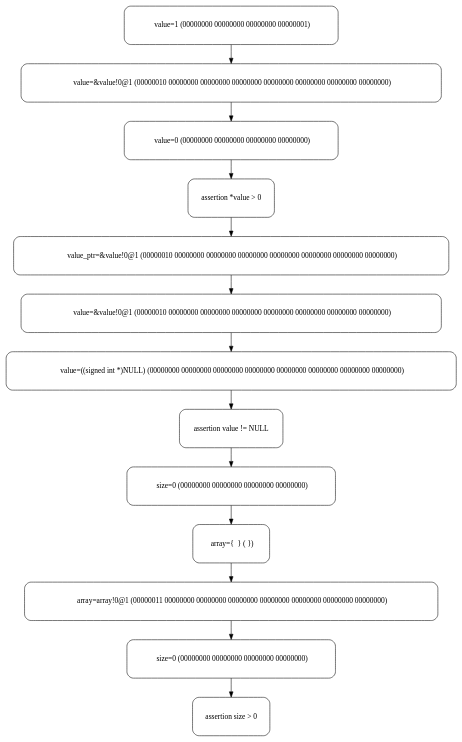
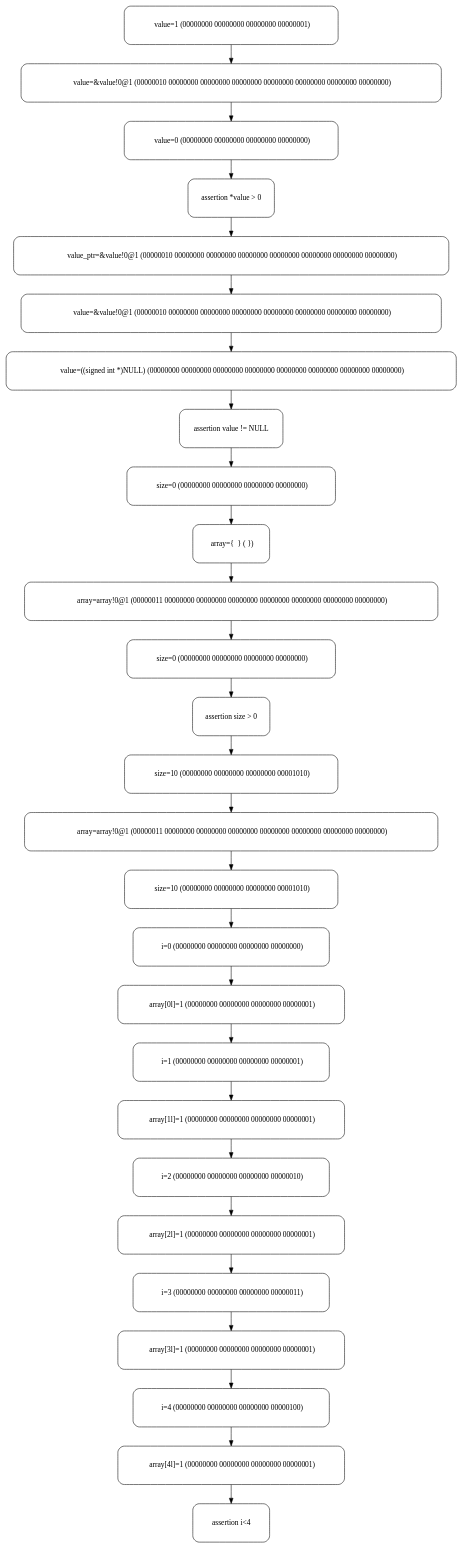
Before and after one commit to lyb1234567/Visualization-Tool-For-CBMC: the diagram in src/Trace_graph/assertion_trace.gv, drawn with Graphviz. The commit also changed 23 other files, not shown here.

```diff
--- a/src/Trace_graph/assertion_trace.gv
+++ b/src/Trace_graph/assertion_trace.gv
@@ -1,67 +1,147 @@
 // Assertion Tracing
 digraph {
 	"  value=1 (00000000 00000000 00000000 00000001)
 _0" [label="  value=1 (00000000 00000000 00000000 00000001)
 " height=1 shape=box style=rounded width=2]
 	"  value=&value!0@1 (00000010 00000000 00000000 00000000 00000000 00000000 00000000 00000000)
 _1" [label="  value=&value!0@1 (00000010 00000000 00000000 00000000 00000000 00000000 00000000 00000000)
 " height=1 shape=box style=rounded width=2]
 	"  value=1 (00000000 00000000 00000000 00000001)
 _0" -> "  value=&value!0@1 (00000010 00000000 00000000 00000000 00000000 00000000 00000000 00000000)
 _1"
 	"  value=0 (00000000 00000000 00000000 00000000)
 _2" [label="  value=0 (00000000 00000000 00000000 00000000)
 " height=1 shape=box style=rounded width=2]
 	"  value=&value!0@1 (00000010 00000000 00000000 00000000 00000000 00000000 00000000 00000000)
 _1" -> "  value=0 (00000000 00000000 00000000 00000000)
 _2"
 	"assertion *value > 0_3" [label="assertion *value > 0" height=1 shape=box style=rounded width=2]
 	"  value=0 (00000000 00000000 00000000 00000000)
 _2" -> "assertion *value > 0_3"
 	"  value_ptr=&value!0@1 (00000010 00000000 00000000 00000000 00000000 00000000 00000000 00000000)
 _4" [label="  value_ptr=&value!0@1 (00000010 00000000 00000000 00000000 00000000 00000000 00000000 00000000)
 " height=1 shape=box style=rounded width=2]
 	"assertion *value > 0_3" -> "  value_ptr=&value!0@1 (00000010 00000000 00000000 00000000 00000000 00000000 00000000 00000000)
 _4"
 	"  value=&value!0@1 (00000010 00000000 00000000 00000000 00000000 00000000 00000000 00000000)
 _5" [label="  value=&value!0@1 (00000010 00000000 00000000 00000000 00000000 00000000 00000000 00000000)
 " height=1 shape=box style=rounded width=2]
 	"  value_ptr=&value!0@1 (00000010 00000000 00000000 00000000 00000000 00000000 00000000 00000000)
 _4" -> "  value=&value!0@1 (00000010 00000000 00000000 00000000 00000000 00000000 00000000 00000000)
 _5"
 	"  value=((signed int *)NULL) (00000000 00000000 00000000 00000000 00000000 00000000 00000000 00000000)
 _6" [label="  value=((signed int *)NULL) (00000000 00000000 00000000 00000000 00000000 00000000 00000000 00000000)
 " height=1 shape=box style=rounded width=2]
 	"  value=&value!0@1 (00000010 00000000 00000000 00000000 00000000 00000000 00000000 00000000)
 _5" -> "  value=((signed int *)NULL) (00000000 00000000 00000000 00000000 00000000 00000000 00000000 00000000)
 _6"
 	"assertion value != NULL_7" [label="assertion value != NULL" height=1 shape=box style=rounded width=2]
 	"  value=((signed int *)NULL) (00000000 00000000 00000000 00000000 00000000 00000000 00000000 00000000)
 _6" -> "assertion value != NULL_7"
 	"  size=0 (00000000 00000000 00000000 00000000)
 _8" [label="  size=0 (00000000 00000000 00000000 00000000)
 " height=1 shape=box style=rounded width=2]
 	"assertion value != NULL_7" -> "  size=0 (00000000 00000000 00000000 00000000)
 _8"
 	"  array={  } ( })
 _9" [label="  array={  } ( })
 " height=1 shape=box style=rounded width=2]
 	"  size=0 (00000000 00000000 00000000 00000000)
 _8" -> "  array={  } ( })
 _9"
 	"  array=array!0@1 (00000011 00000000 00000000 00000000 00000000 00000000 00000000 00000000)
 _10" [label="  array=array!0@1 (00000011 00000000 00000000 00000000 00000000 00000000 00000000 00000000)
 " height=1 shape=box style=rounded width=2]
 	"  array={  } ( })
 _9" -> "  array=array!0@1 (00000011 00000000 00000000 00000000 00000000 00000000 00000000 00000000)
 _10"
 	"  size=0 (00000000 00000000 00000000 00000000)
 _11" [label="  size=0 (00000000 00000000 00000000 00000000)
 " height=1 shape=box style=rounded width=2]
 	"  array=array!0@1 (00000011 00000000 00000000 00000000 00000000 00000000 00000000 00000000)
 _10" -> "  size=0 (00000000 00000000 00000000 00000000)
 _11"
 	"assertion size > 0_12" [label="assertion size > 0" height=1 shape=box style=rounded width=2]
 	"  size=0 (00000000 00000000 00000000 00000000)
 _11" -> "assertion size > 0_12"
+	"  size=10 (00000000 00000000 00000000 00001010)
+_13" [label="  size=10 (00000000 00000000 00000000 00001010)
+" height=1 shape=box style=rounded width=2]
+	"assertion size > 0_12" -> "  size=10 (00000000 00000000 00000000 00001010)
+_13"
+	"  array=array!0@1 (00000011 00000000 00000000 00000000 00000000 00000000 00000000 00000000)
+_14" [label="  array=array!0@1 (00000011 00000000 00000000 00000000 00000000 00000000 00000000 00000000)
+" height=1 shape=box style=rounded width=2]
+	"  size=10 (00000000 00000000 00000000 00001010)
+_13" -> "  array=array!0@1 (00000011 00000000 00000000 00000000 00000000 00000000 00000000 00000000)
+_14"
+	"  size=10 (00000000 00000000 00000000 00001010)
+_15" [label="  size=10 (00000000 00000000 00000000 00001010)
+" height=1 shape=box style=rounded width=2]
+	"  array=array!0@1 (00000011 00000000 00000000 00000000 00000000 00000000 00000000 00000000)
+_14" -> "  size=10 (00000000 00000000 00000000 00001010)
+_15"
+	"  i=0 (00000000 00000000 00000000 00000000)
+_16" [label="  i=0 (00000000 00000000 00000000 00000000)
+" height=1 shape=box style=rounded width=2]
+	"  size=10 (00000000 00000000 00000000 00001010)
+_15" -> "  i=0 (00000000 00000000 00000000 00000000)
+_16"
+	"  array[0l]=1 (00000000 00000000 00000000 00000001)
+_17" [label="  array[0l]=1 (00000000 00000000 00000000 00000001)
+" height=1 shape=box style=rounded width=2]
+	"  i=0 (00000000 00000000 00000000 00000000)
+_16" -> "  array[0l]=1 (00000000 00000000 00000000 00000001)
+_17"
+	"  i=1 (00000000 00000000 00000000 00000001)
+_18" [label="  i=1 (00000000 00000000 00000000 00000001)
+" height=1 shape=box style=rounded width=2]
+	"  array[0l]=1 (00000000 00000000 00000000 00000001)
+_17" -> "  i=1 (00000000 00000000 00000000 00000001)
+_18"
+	"  array[1l]=1 (00000000 00000000 00000000 00000001)
+_19" [label="  array[1l]=1 (00000000 00000000 00000000 00000001)
+" height=1 shape=box style=rounded width=2]
+	"  i=1 (00000000 00000000 00000000 00000001)
+_18" -> "  array[1l]=1 (00000000 00000000 00000000 00000001)
+_19"
+	"  i=2 (00000000 00000000 00000000 00000010)
+_20" [label="  i=2 (00000000 00000000 00000000 00000010)
+" height=1 shape=box style=rounded width=2]
+	"  array[1l]=1 (00000000 00000000 00000000 00000001)
+_19" -> "  i=2 (00000000 00000000 00000000 00000010)
+_20"
+	"  array[2l]=1 (00000000 00000000 00000000 00000001)
+_21" [label="  array[2l]=1 (00000000 00000000 00000000 00000001)
+" height=1 shape=box style=rounded width=2]
+	"  i=2 (00000000 00000000 00000000 00000010)
+_20" -> "  array[2l]=1 (00000000 00000000 00000000 00000001)
+_21"
+	"  i=3 (00000000 00000000 00000000 00000011)
+_22" [label="  i=3 (00000000 00000000 00000000 00000011)
+" height=1 shape=box style=rounded width=2]
+	"  array[2l]=1 (00000000 00000000 00000000 00000001)
+_21" -> "  i=3 (00000000 00000000 00000000 00000011)
+_22"
+	"  array[3l]=1 (00000000 00000000 00000000 00000001)
+_23" [label="  array[3l]=1 (00000000 00000000 00000000 00000001)
+" height=1 shape=box style=rounded width=2]
+	"  i=3 (00000000 00000000 00000000 00000011)
+_22" -> "  array[3l]=1 (00000000 00000000 00000000 00000001)
+_23"
+	"  i=4 (00000000 00000000 00000000 00000100)
+_24" [label="  i=4 (00000000 00000000 00000000 00000100)
+" height=1 shape=box style=rounded width=2]
+	"  array[3l]=1 (00000000 00000000 00000000 00000001)
+_23" -> "  i=4 (00000000 00000000 00000000 00000100)
+_24"
+	"  array[4l]=1 (00000000 00000000 00000000 00000001)
+_25" [label="  array[4l]=1 (00000000 00000000 00000000 00000001)
+" height=1 shape=box style=rounded width=2]
+	"  i=4 (00000000 00000000 00000000 00000100)
+_24" -> "  array[4l]=1 (00000000 00000000 00000000 00000001)
+_25"
+	"assertion i<4_26" [label="assertion i<4" height=1 shape=box style=rounded width=2]
+	"  array[4l]=1 (00000000 00000000 00000000 00000001)
+_25" -> "assertion i<4_26"
 }
```
